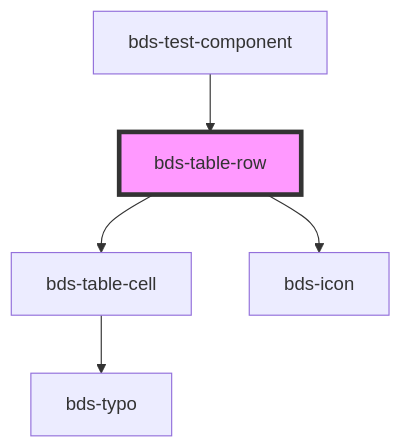
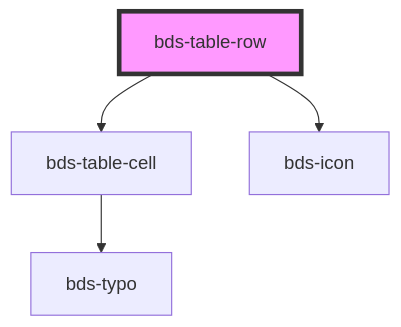
The diagram in src/components/table/table-row/readme.md (takenet/blip-ds), drawn with Mermaid before and after one commit. The commit also changed other lines of this file and 13 other files, not shown here.

````diff
--- a/src/components/table/table-row/readme.md
+++ b/src/components/table/table-row/readme.md
@@ -30,8 +26,7 @@
 ```mermaid
 graph TD;
   bds-table-row --> bds-table-cell
   bds-table-row --> bds-icon
   bds-table-cell --> bds-typo
-  bds-test-component --> bds-table-row
   style bds-table-row fill:#f9f,stroke:#333,stroke-width:4px
 ```
````
